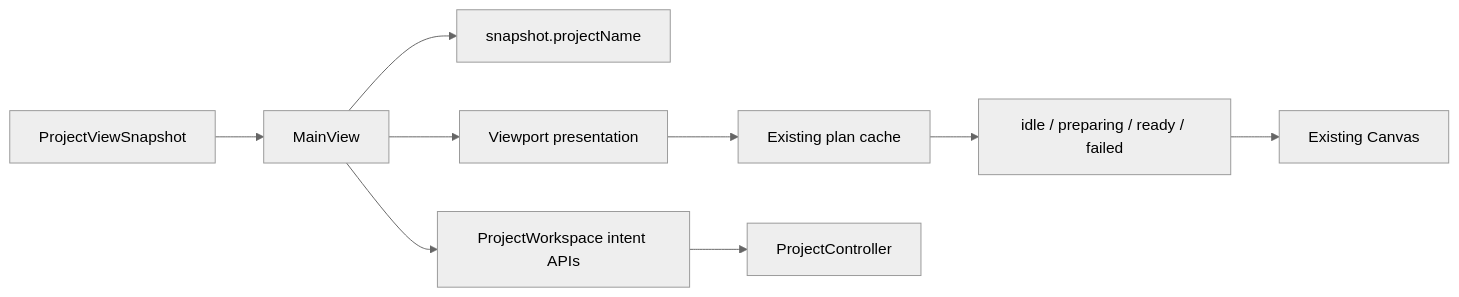
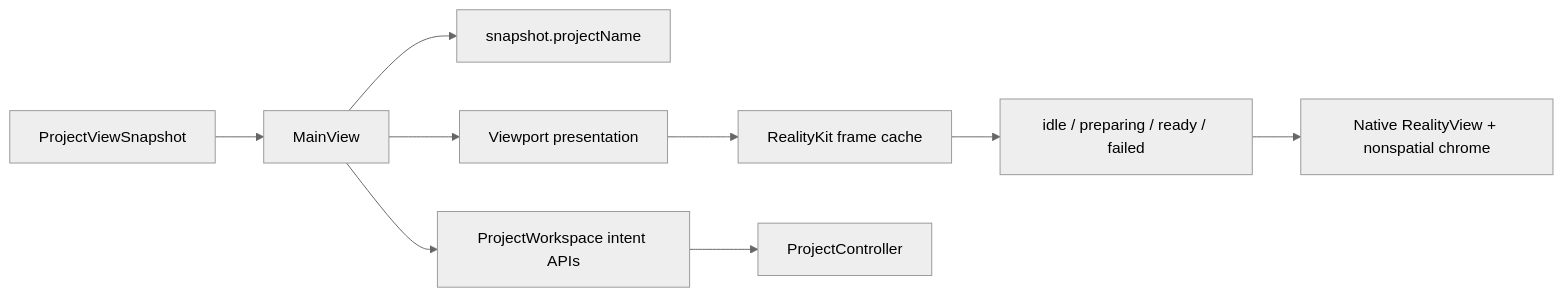
One commit to 1amageek/Rupa changed the first of 2 diagrams in RupaKit/Sources/RupaUI/DESIGN.md. Above: the diagram before and after it, drawn with Mermaid (neutral theme). The commit also changed other lines of this file and 65 other files, not shown here.

Commit message:
feat: render spatial viewport overlays with RealityKit

````diff
--- a/RupaKit/Sources/RupaUI/DESIGN.md
+++ b/RupaKit/Sources/RupaUI/DESIGN.md
@@ -34,11 +37,11 @@
 ```mermaid
 flowchart LR
     Snapshot["ProjectViewSnapshot"] --> Main["MainView"]
     Main --> Title["snapshot.projectName"]
     Main --> Viewport["Viewport presentation"]
-    Viewport --> Cache["Existing plan cache"]
+    Viewport --> Cache["RealityKit frame cache"]
     Cache --> State["idle / preparing / ready / failed"]
-    State --> Canvas["Existing Canvas"]
+    State --> Canvas["Native RealityView + nonspatial chrome"]
     Main --> Workspace["ProjectWorkspace intent APIs"]
     Workspace --> Controller["ProjectController"]
 ```
````
